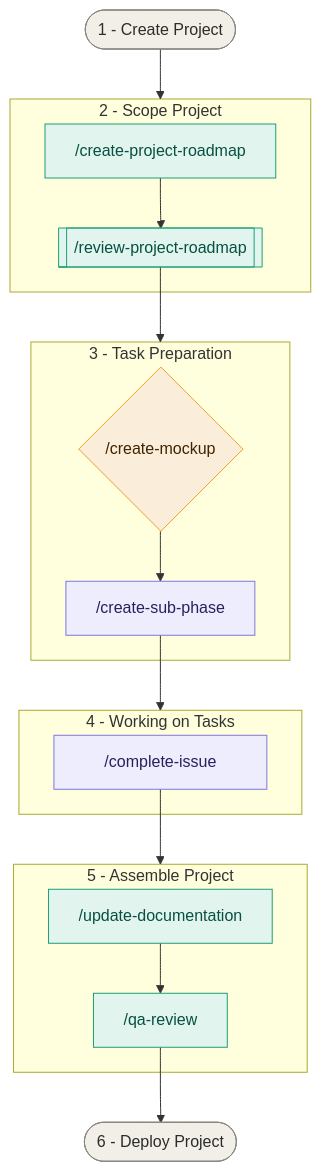
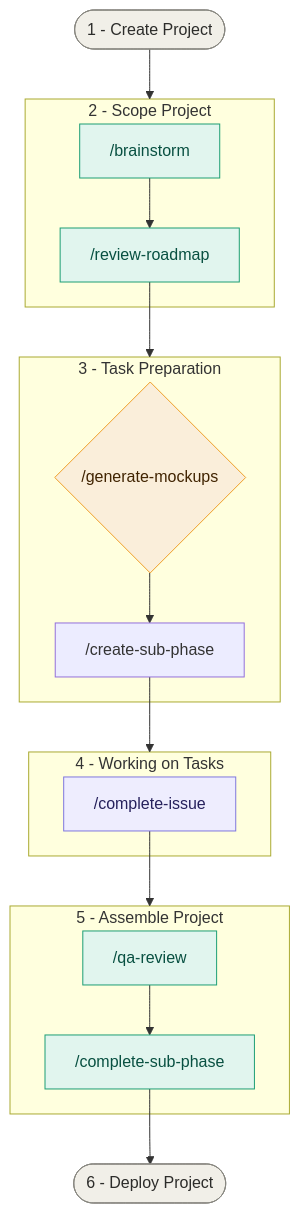
Before and after one commit to kheise-91/lottery-codex: the diagram in docs/guides/development-workflow.md, drawn with Mermaid. The commit also changed other lines of this file and 112 other files, not shown here.

Commit message:
[OPENCODE] Complete overhaul of OpenCode tools. Re-factored agents and commands, added skills, updated documentation, removed old documentation not needed.

````diff
--- a/docs/guides/development-workflow.md
+++ b/docs/guides/development-workflow.md
@@ -66,43 +64,43 @@
 ```mermaid
 flowchart TD
     Start([1 - Create Project])
     End([6 - Deploy Project])
 
     subgraph SCOPE_PROJECT["2 - Scope Project"]
-        S1["/create-project-roadmap"]
-        S2@{ shape: subproc, label: "/review-project-roadmap" }
+        S1["/brainstorm"]
+        S2["/review-roadmap"]
     end
 
     subgraph SCOPE_TASKS["3 - Task Preparation"]
-        C1{"/create-mockup"}
-        TC1@{ shape: proc, label: "/create-sub-phase" }
+        C1{"/generate-mockups"}
+        TC1["/create-sub-phase"]
     end
 
     subgraph DEVELOPMENT["4 - Working on Tasks"]
-        D1@{ shape: proc, label: " &emsp; /complete-issue &emsp; " }
+        D1["/complete-issue"]
     end
 
     subgraph ASSEMBLE["5 - Assemble Project"]
-        DOC["/update-documentation"]
         QA["/qa-review"]
+        CS["/complete-sub-phase"]
     end
 
     Start --> SCOPE_PROJECT
     S1 --> S2
     S2 --> SCOPE_TASKS
     C1 --> TC1
     TC1 --> DEVELOPMENT
     D1 --> ASSEMBLE
-    DOC --> QA
-    QA --> End
+    QA --> CS
+    CS --> End
 
     classDef sequential fill:#E1F5EE,stroke:#1D9E75,color:#085041
     classDef choice fill:#EEEDFE,stroke:#7F77DD,color:#26215C
     classDef decision fill:#FAEEDA,stroke:#EF9F27,color:#412402
     classDef terminal fill:#F1EFE8,stroke:#888780,color:#2C2C2A
 
-    class S1,S2,S3,G1,QA,DOC sequential
-    class TC1,TC2,D1,D2,D3 choice
-    class C1,C2,C3 decision
+    class S1,S2,QA,CS sequential
+    class D1 choice
+    class C1 decision
     class Start,End terminal
 ```
````
